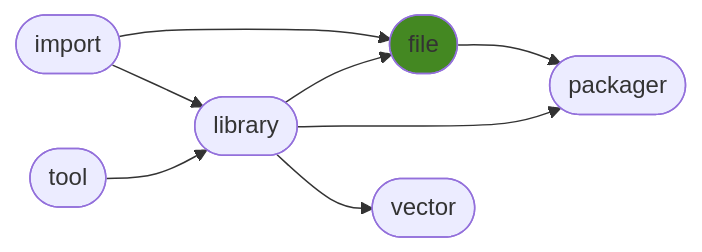
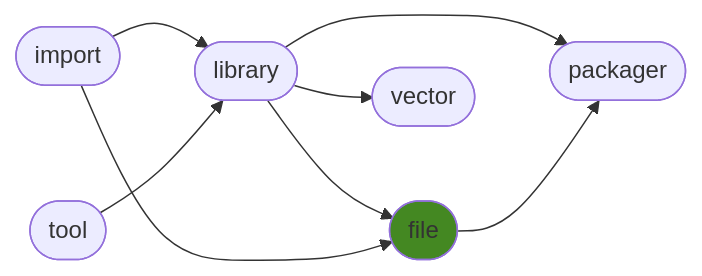
One commit to ManderaGeneral/generalfile changed the diagram in README.md. Above: the diagram before and after it, drawn with Mermaid. The commit also changed other lines of this file, not shown here.

````diff
--- a/README.md
+++ b/README.md
@@ -24,17 +24,17 @@
 ```mermaid
 flowchart LR
-0([import]) --> 3([file])
 2([library]) --> 3([file])
 2([library]) --> 5([packager])
 0([import]) --> 2([library])
 1([tool]) --> 2([library])
+0([import]) --> 3([file])
 3([file]) --> 5([packager])
 2([library]) --> 4([vector])
 click 0 "https://github.com/ManderaGeneral/generalimport"
 click 1 "https://github.com/ManderaGeneral/generaltool"
 click 2 "https://github.com/ManderaGeneral/generallibrary"
 click 3 "https://github.com/ManderaGeneral/generalfile"
 click 4 "https://github.com/ManderaGeneral/generalvector"
 click 5 "https://github.com/ManderaGeneral/generalpackager"
 style 3 fill:#482
 ```
````
